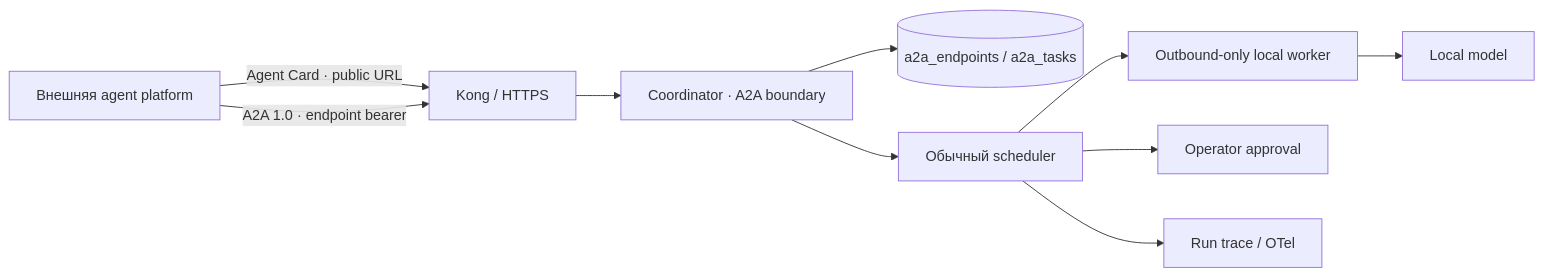
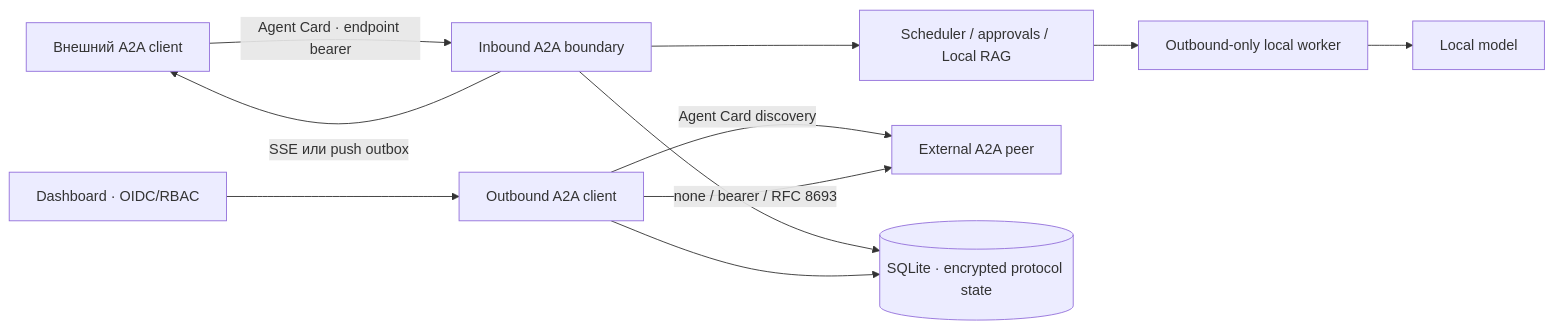
Before and after one commit to Solutions-of-Security/Agat: the diagram in docs/a2a-adapter.md, drawn with Mermaid. The commit also changed other lines of this file and 42 other files, not shown here.

````diff
--- a/docs/a2a-adapter.md
+++ b/docs/a2a-adapter.md
@@ -9,12 +9,15 @@
 ```mermaid
 flowchart LR
-    Client["Внешняя agent platform"] -->|"Agent Card · public URL"| GW["Kong / HTTPS"]
-    Client -->|"A2A 1.0 · endpoint bearer"| GW
-    GW --> Adapter["Coordinator · A2A boundary"]
-    Adapter --> Registry[("a2a_endpoints / a2a_tasks")]
-    Adapter --> Scheduler["Обычный scheduler"]
+    Client["Внешний A2A client"] -->|"Agent Card · endpoint bearer"| Inbound["Inbound A2A boundary"]
+    Inbound --> Scheduler["Scheduler / approvals / Local RAG"]
     Scheduler --> Worker["Outbound-only local worker"]
     Worker --> Model["Local model"]
-    Scheduler --> Approval["Operator approval"]
-    Scheduler --> Trace["Run trace / OTel"]
+    Inbound -->|"SSE или push outbox"| Client
+
+    UI["Dashboard · OIDC/RBAC"] --> Outbound["Outbound A2A client"]
+    Outbound -->|"Agent Card discovery"| Peer["External A2A peer"]
+    Outbound -->|"none / bearer / RFC 8693"| Peer
+
+    Inbound --> DB[("SQLite · encrypted protocol state")]
+    Outbound --> DB
 ```
````
